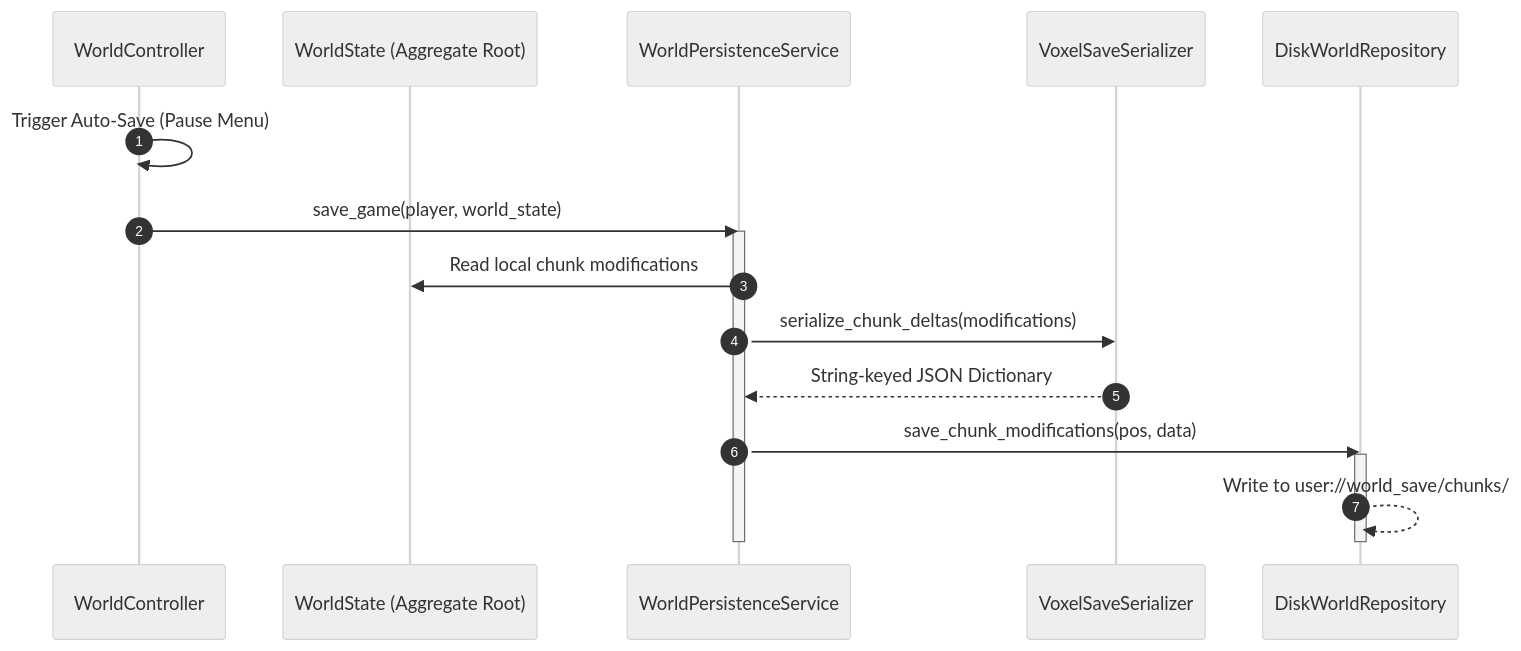
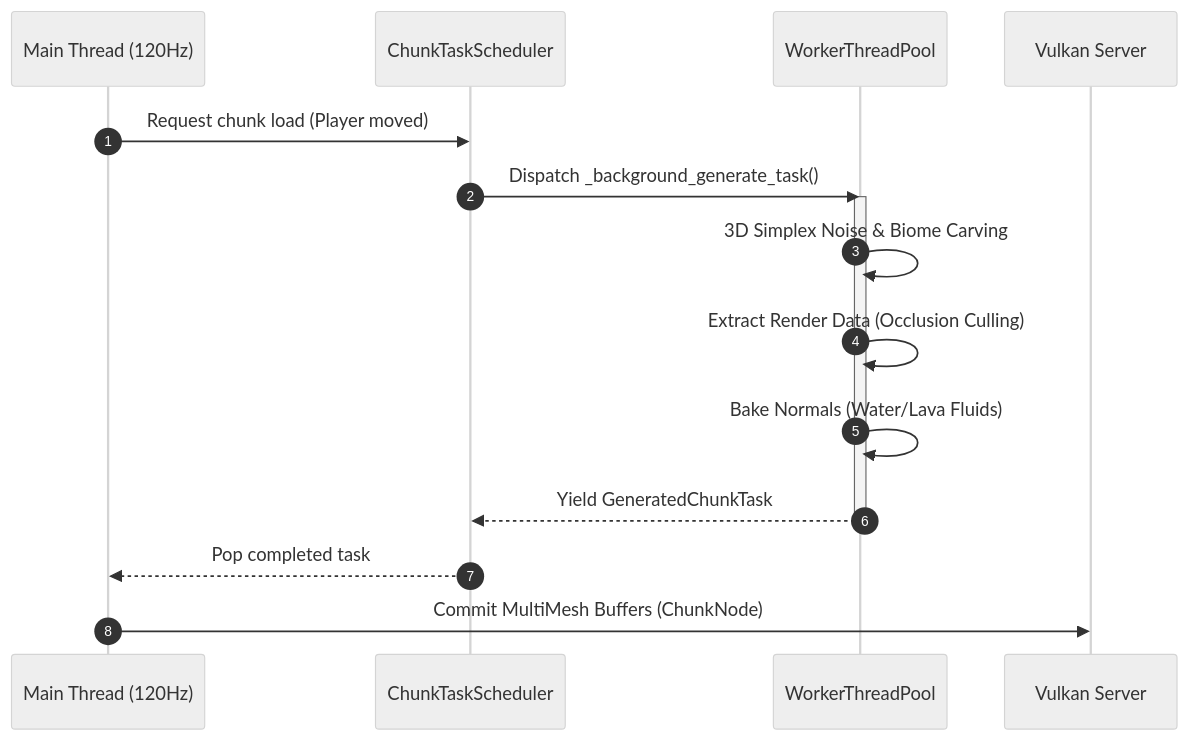
The second of 4 diagrams in README.md (enriquegonzalezgutierrez/CraftDomain), drawn with Mermaid (neutral theme) before and after one commit. The commit also changed other lines of this file and 14 other files, not shown here.

````diff
--- a/README.md
+++ b/README.md
@@ -133,21 +53,19 @@
 ```mermaid
 sequenceDiagram
 	autonumber
-	participant Ctrl as WorldController
-	participant State as WorldState (Aggregate Root)
-	participant Service as WorldPersistenceService
-	participant Serializer as VoxelSaveSerializer
-	participant Repo as DiskWorldRepository
+	participant Main as Main Thread (120Hz)
+	participant Sched as ChunkTaskScheduler
+	participant Pool as WorkerThreadPool
+	participant GPU as Vulkan Server
 
-	Ctrl->>Ctrl: Trigger Auto-Save (Pause Menu)
-	Ctrl->>Service: save_game(player, world_state)
-	activate Service
-	Service->>State: Read local chunk modifications
-	Service->>Serializer: serialize_chunk_deltas(modifications)
-	Serializer-->>Service: String-keyed JSON Dictionary
-	Service->>Repo: save_chunk_modifications(pos, data)
-	activate Repo
-	Repo-->>Repo: Write to user://world_save/chunks/
-	deactivate Repo
-	deactivate Service
+	Main->>Sched: Request chunk load (Player moved)
+	Sched->>Pool: Dispatch _background_generate_task()
+	activate Pool
+	Pool->>Pool: 3D Simplex Noise & Biome Carving
+	Pool->>Pool: Extract Render Data (Occlusion Culling)
+	Pool->>Pool: Bake Normals (Water/Lava Fluids)
+	Pool-->>Sched: Yield GeneratedChunkTask
+	deactivate Pool
+	Sched-->>Main: Pop completed task
+	Main->>GPU: Commit MultiMesh Buffers (ChunkNode)
 ```
````
